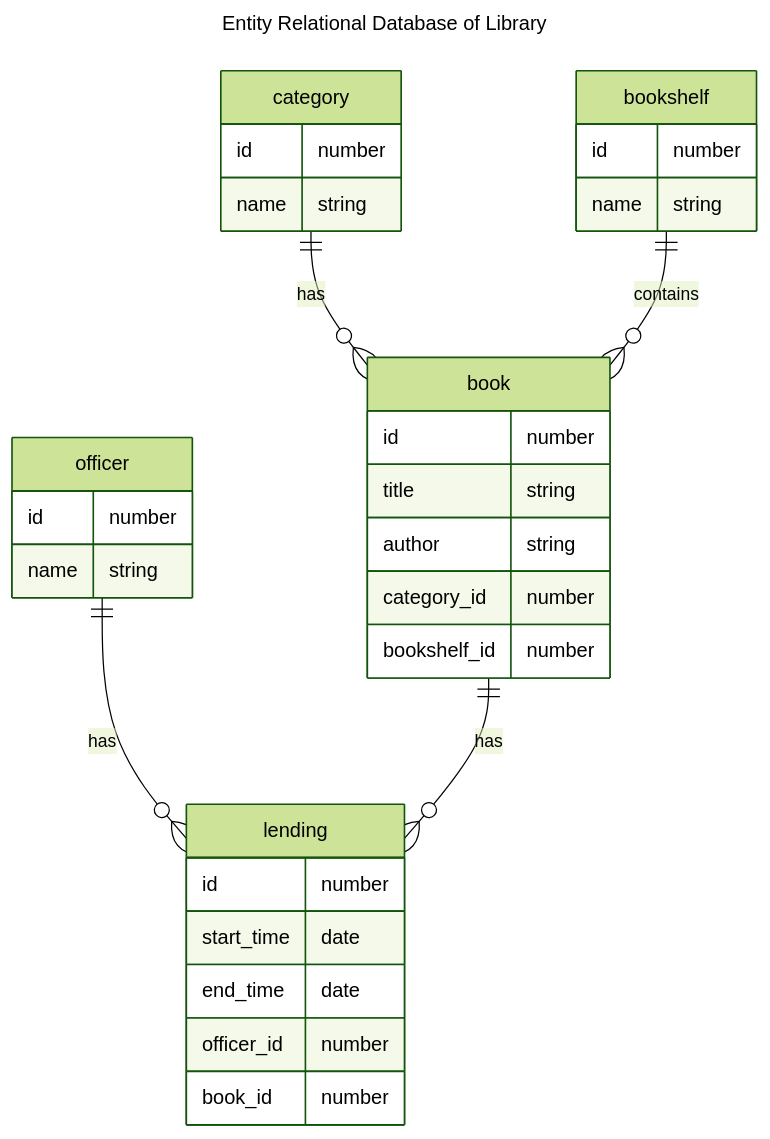
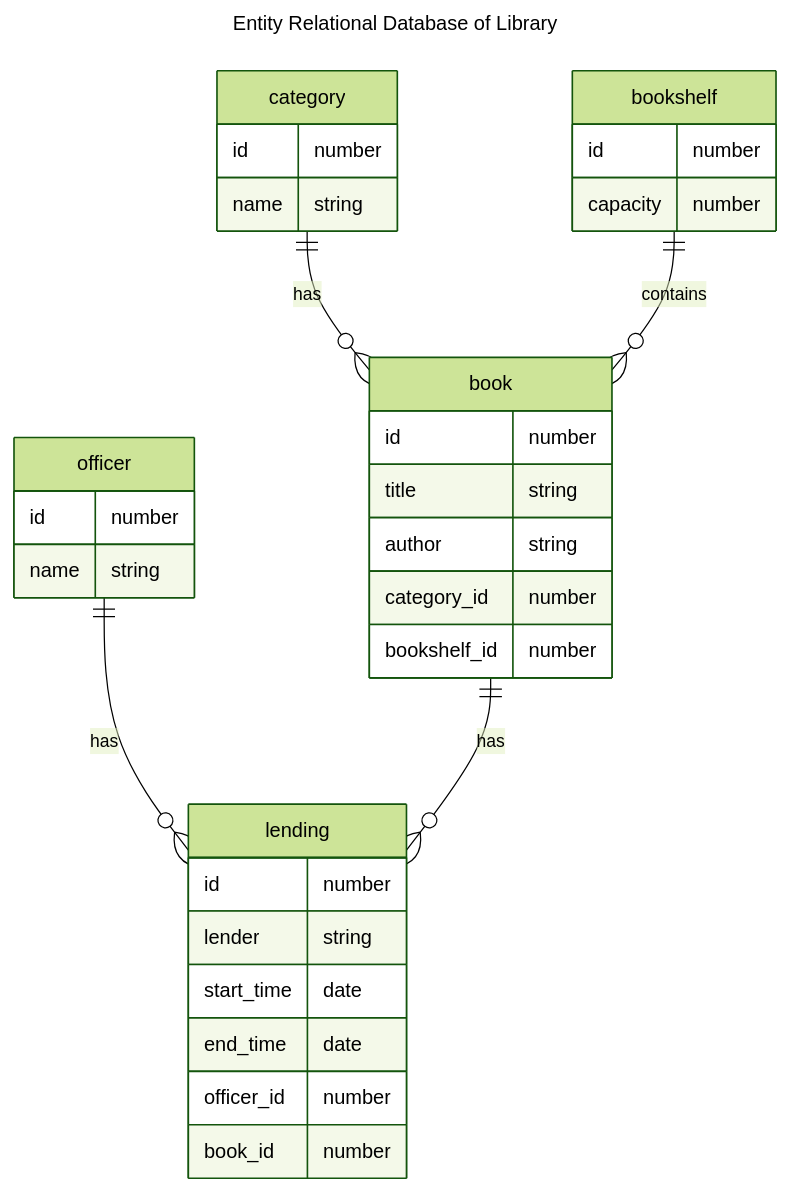
The diagram in mt1.md (fajarworks/koda-b9-db), drawn with Mermaid (forest theme) before and after one commit. The commit also changed other lines of this file, not shown here.

Commit message:
feat: add lender to lending  and change name to capacity to bookshelf

````diff
--- a/mt1.md
+++ b/mt1.md
@@ -2,41 +2,42 @@
 ```mermaid
 ---
 title: Entity Relational Database of Library
 ---
 erDiagram
 
 category ||--o{book :has
 book {
     id number
     title string
     author string
     category_id number
     bookshelf_id number
 }
 
 category{
     id number
     name string
 }
 
 bookshelf||--O{ book :contains
 bookshelf{
     id number
-    name string
+    capacity number
 }
 
 officer ||--o{ lending :has
 officer {
     id number
     name string
 }
 lending {
     id number
+    lender string
     start_time date
     end_time date
     officer_id number
     book_id number
 }
 book ||--o{ lending : has
 
 ```
````
